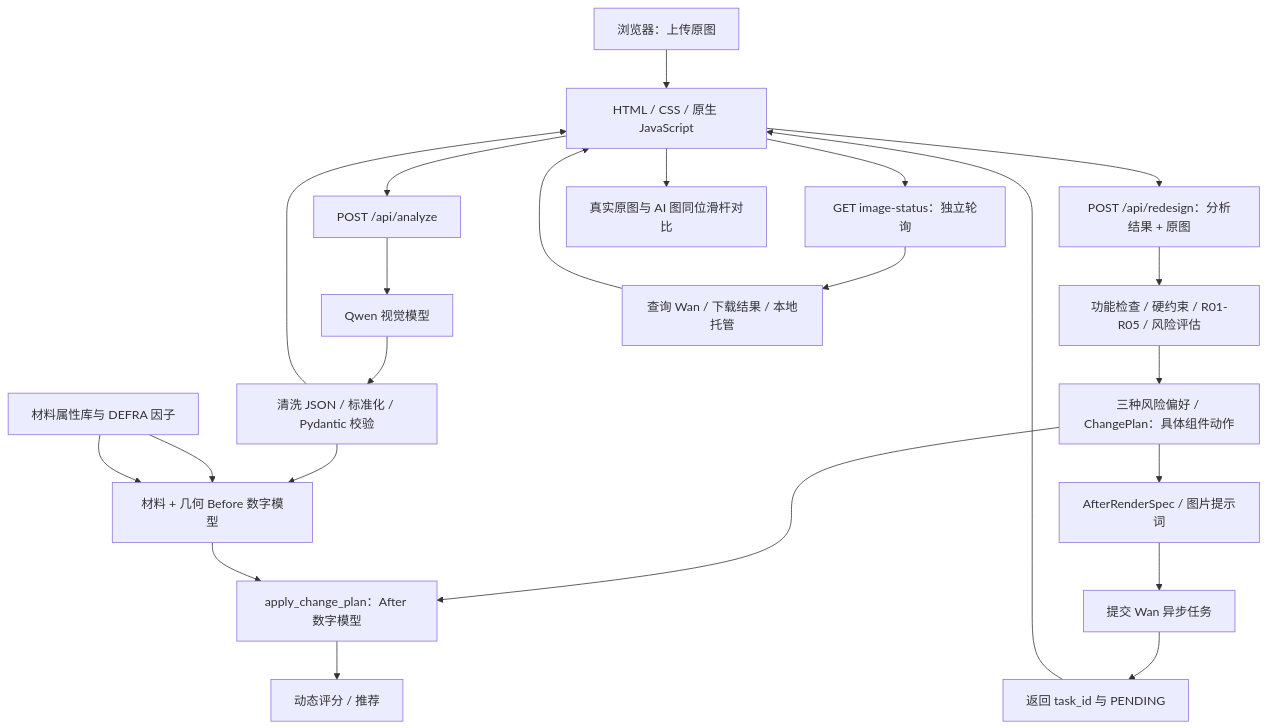
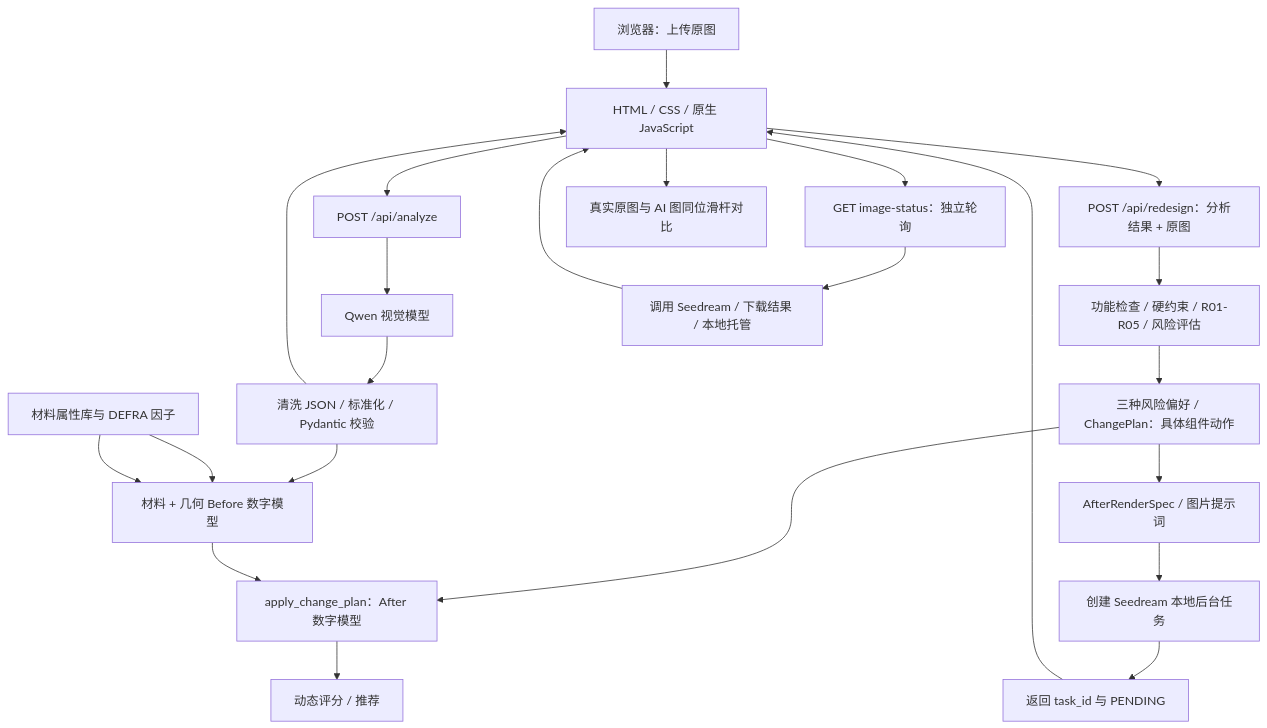
Before and after one commit to Estrella-0903/packless-backend: the diagram in docs/architecture_and_scoring.md, drawn with Mermaid. The commit also changed other lines of this file and 23 other files, not shown here.

Commit message:
Add explainable scoring breakdowns and harden async AI flows

````diff
--- a/docs/architecture_and_scoring.md
+++ b/docs/architecture_and_scoring.md
@@ -28,25 +28,25 @@
 ```mermaid
 flowchart TD
     U[浏览器：上传原图] --> F[HTML / CSS / 原生 JavaScript]
     F --> A[POST /api/analyze]
     A --> Q[Qwen 视觉模型]
     Q --> N[清洗 JSON / 标准化 / Pydantic 校验]
     N --> F
     F --> R[POST /api/redesign：分析结果 + 原图]
     R --> E[功能检查 / 硬约束 / R01-R05 / 风险评估]
     E --> C[三种风险偏好 / ChangePlan：具体组件动作]
     N --> M[材料 + 几何 Before 数字模型]
     C --> X[apply_change_plan：After 数字模型]
     M --> X
     X --> S[动态评分 / 推荐]
     C --> P[AfterRenderSpec / 图片提示词]
-    P --> W[提交 Wan 异步任务]
+    P --> W[创建 Seedream 本地后台任务]
     W --> T[返回 task_id 与 PENDING]
     T --> F
     F --> G[GET image-status：独立轮询]
-    G --> V[查询 Wan / 下载结果 / 本地托管]
+    G --> V[调用 Seedream / 下载结果 / 本地托管]
     V --> F
     F --> B[真实原图与 AI 图同位滑杆对比]
     D[材料属性库与 DEFRA 因子] --> M
     D --> M
 ```
````
